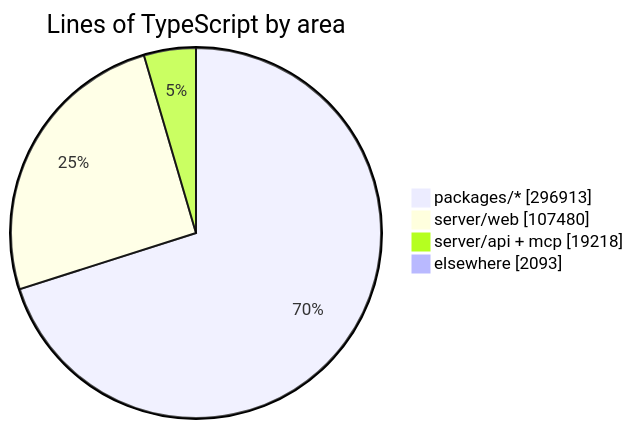
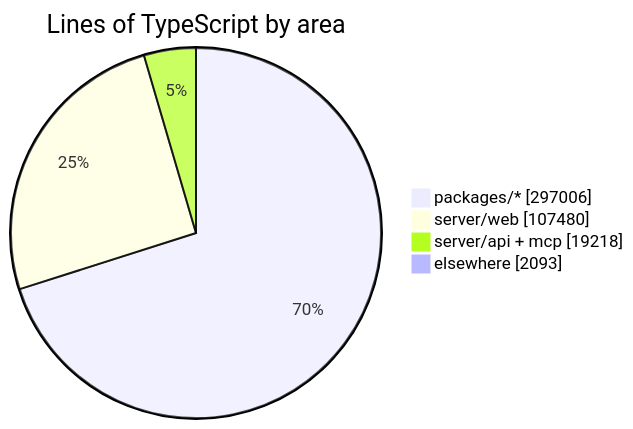
The diagram in README.md (crossworks-engineering/mantle), drawn with Mermaid before and after one commit. The commit also changed other lines of this file and 2 other files, not shown here.

````diff
--- a/README.md
+++ b/README.md
@@ -294,7 +294,7 @@
 ```mermaid
 pie showData title Lines of TypeScript by area
-    "packages/*" : 296913
+    "packages/*" : 297006
     "server/web" : 107480
     "server/api + mcp" : 19218
     "elsewhere" : 2093
 ```
````
